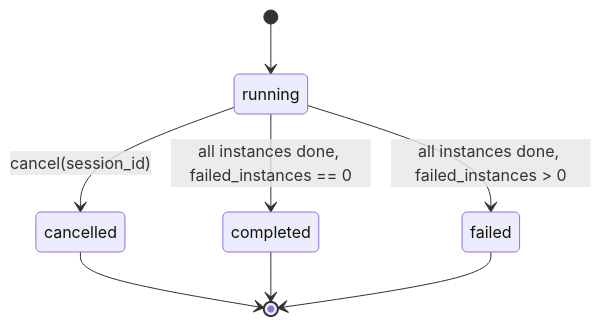
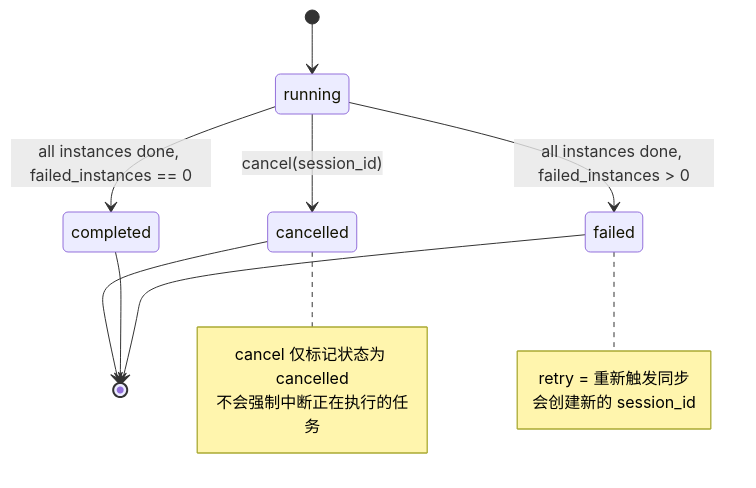
Before and after one commit to nyealovey/WhaleFall: the eighth of 11 diagrams in docs/architecture/accounts-permissions-domain.md, drawn with Mermaid. The commit also changed other lines of this file, not shown here.

````diff
--- a/docs/architecture/accounts-permissions-domain.md
+++ b/docs/architecture/accounts-permissions-domain.md
@@ -372,10 +447,20 @@
 ```mermaid
 stateDiagram-v2
   [*] --> running
   running --> completed: all instances done, failed_instances == 0
   running --> failed: all instances done, failed_instances > 0
   running --> cancelled: cancel(session_id)
   cancelled --> [*]
   completed --> [*]
   failed --> [*]
+
+  note right of cancelled
+    cancel 仅标记状态为 cancelled
+    不会强制中断正在执行的任务
+  end note
+
+  note right of failed
+    retry = 重新触发同步
+    会创建新的 session_id
+  end note
 ```
````
